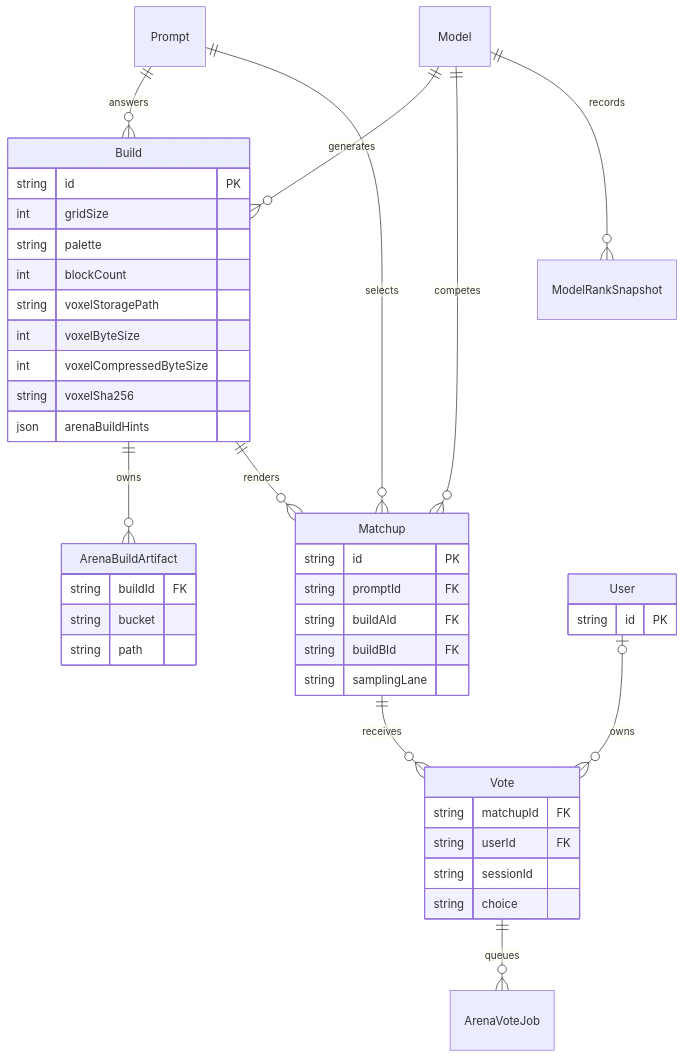
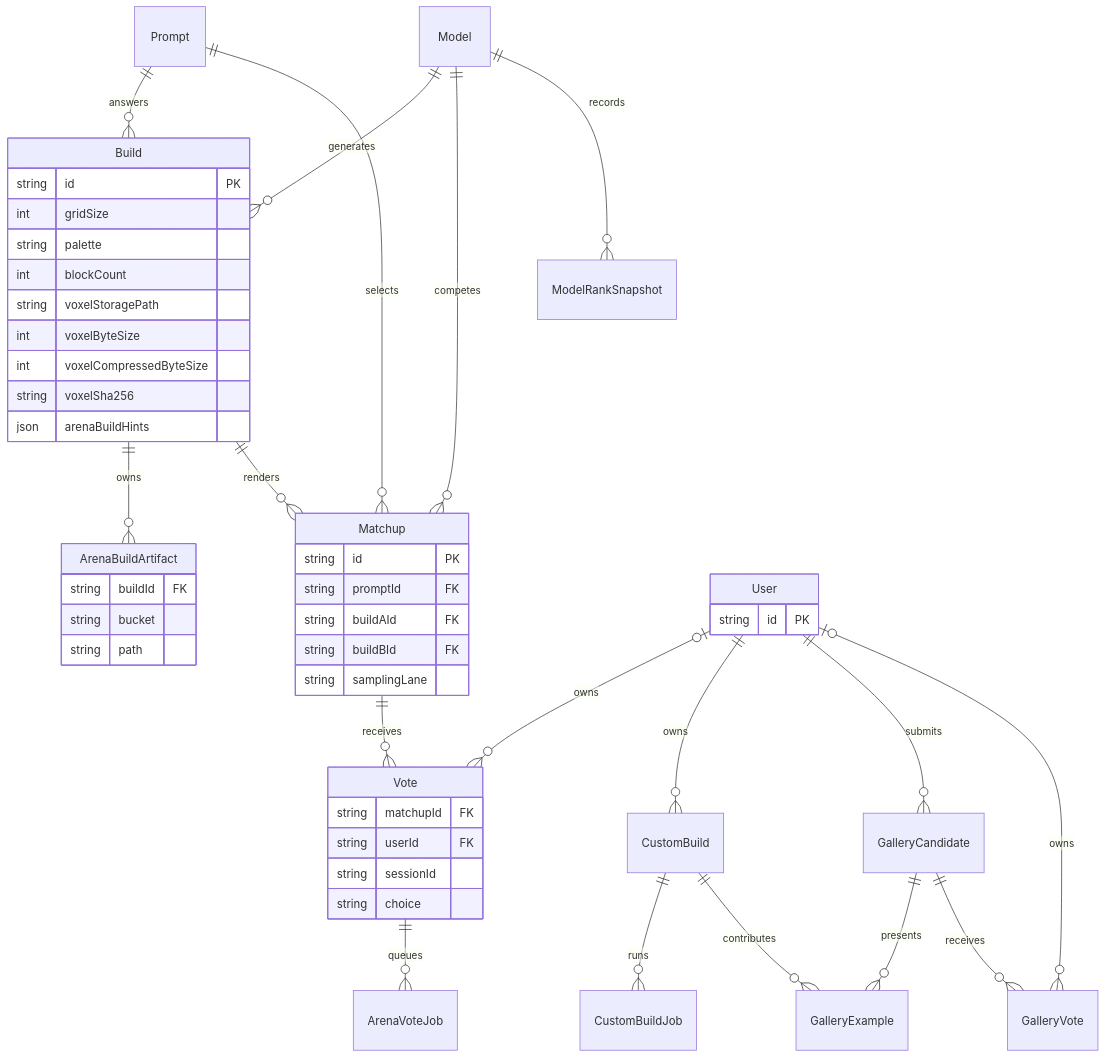
One commit to Ammaar-Alam/minebench changed the fourth of 4 diagrams in docs/architecture.md. Above: the diagram before and after it, drawn with Mermaid. The commit also changed other lines of this file and 46 other files, not shown here.

````diff
--- a/docs/architecture.md
+++ b/docs/architecture.md
@@ -147,46 +139,53 @@
 ```mermaid
 erDiagram
     Model ||--o{ Build : generates
     Prompt ||--o{ Build : answers
     Build ||--o{ ArenaBuildArtifact : owns
     Prompt ||--o{ Matchup : selects
     Model ||--o{ Matchup : competes
     Build ||--o{ Matchup : renders
     Matchup ||--o{ Vote : receives
     User o|--o{ Vote : owns
     Vote ||--o{ ArenaVoteJob : queues
     Model ||--o{ ModelRankSnapshot : records
+    User ||--o{ CustomBuild : owns
+    CustomBuild ||--o{ CustomBuildJob : runs
+    User ||--o{ GalleryCandidate : submits
+    GalleryCandidate ||--o{ GalleryExample : presents
+    CustomBuild ||--o{ GalleryExample : contributes
+    GalleryCandidate ||--o{ GalleryVote : receives
+    User o|--o{ GalleryVote : owns
 
     Build {
         string id PK
         int gridSize
         string palette
         int blockCount
         string voxelStoragePath
         int voxelByteSize
         int voxelCompressedByteSize
         string voxelSha256
         json arenaBuildHints
     }
     ArenaBuildArtifact {
         string buildId FK
         string bucket
         string path
     }
     Matchup {
         string id PK
         string promptId FK
         string buildAId FK
         string buildBId FK
         string samplingLane
     }
     User {
         string id PK
     }
     Vote {
         string matchupId FK
         string userId FK
         string sessionId
         string choice
     }
 ```
````
